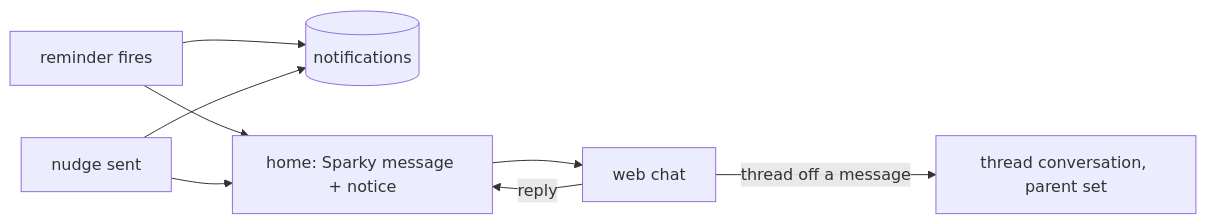
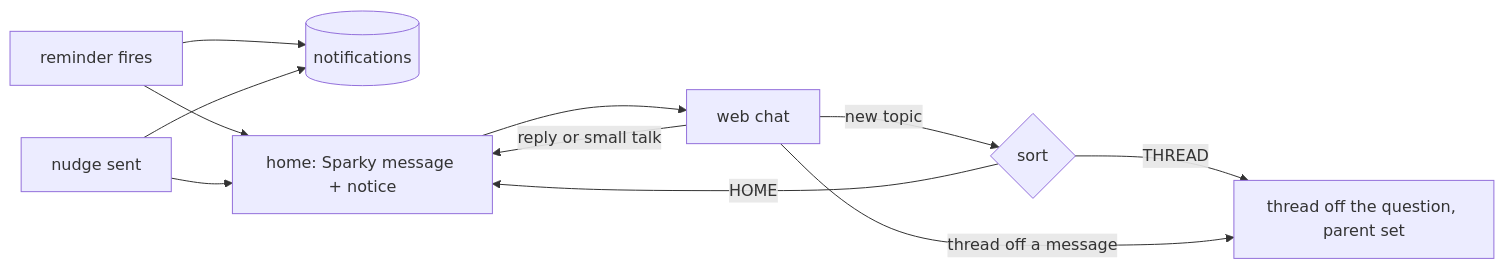
One commit to theaisocietyasu/sparky changed the sixth of 11 diagrams in docs/ARCHITECTURE.md. Above: the diagram before and after it, drawn with Mermaid. The commit also changed other lines of this file and 20 other files, not shown here.

````diff
--- a/docs/ARCHITECTURE.md
+++ b/docs/ARCHITECTURE.md
@@ -531,10 +535,13 @@
 ```mermaid
 flowchart LR
   R[reminder fires] --> N[(notifications)]
   G[nudge sent] --> N
   R --> H[home: Sparky message + notice]
   G --> H
   H --> W[web chat]
-  W -->|reply| H
-  W -->|thread off a message| T[thread conversation, parent set]
+  W -->|reply or small talk| H
+  W -->|new topic| S{sort}
+  S -->|THREAD| T[thread off the question, parent set]
+  S -->|HOME| H
+  W -->|thread off a message| T
 ```
````
